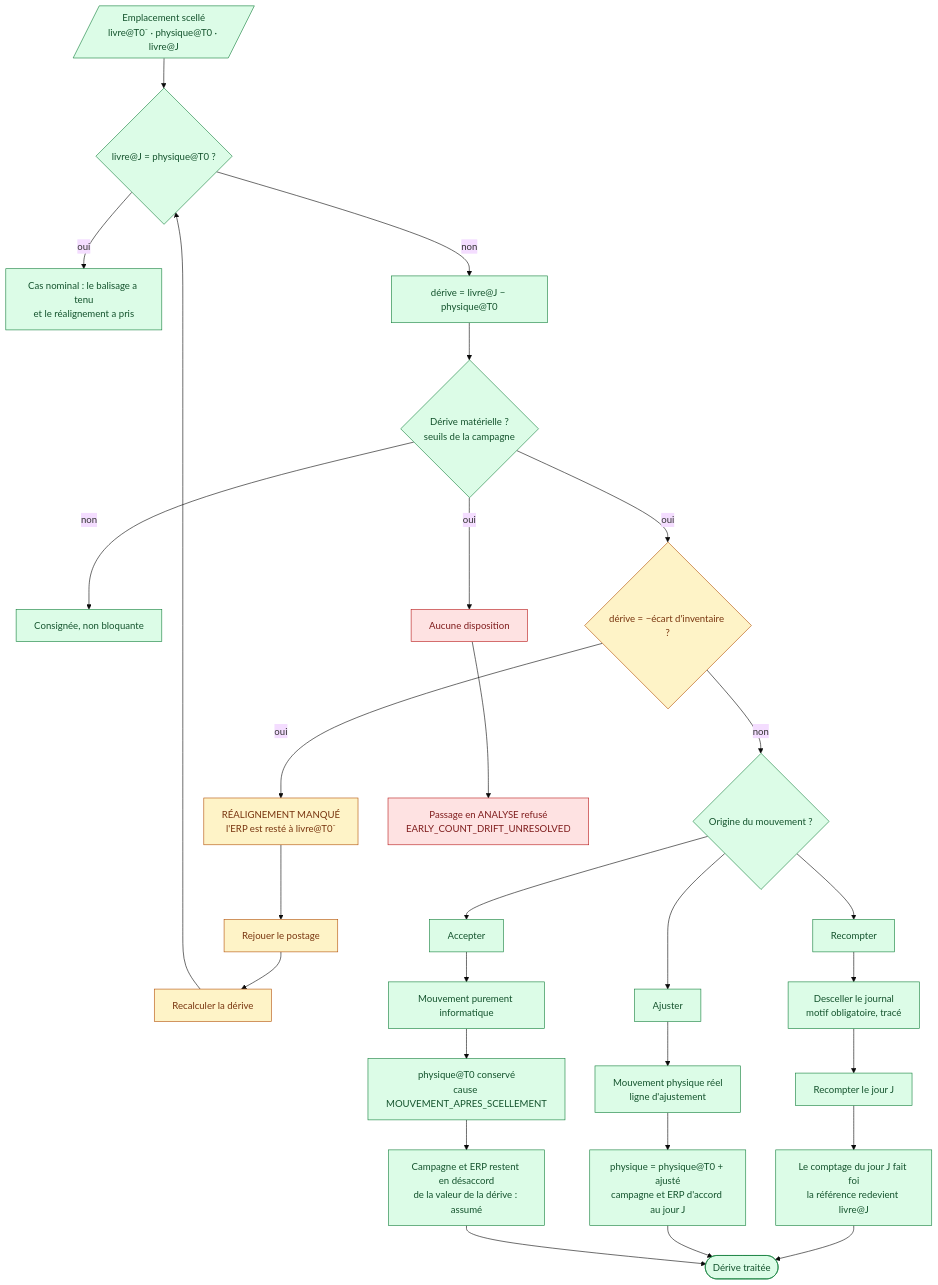
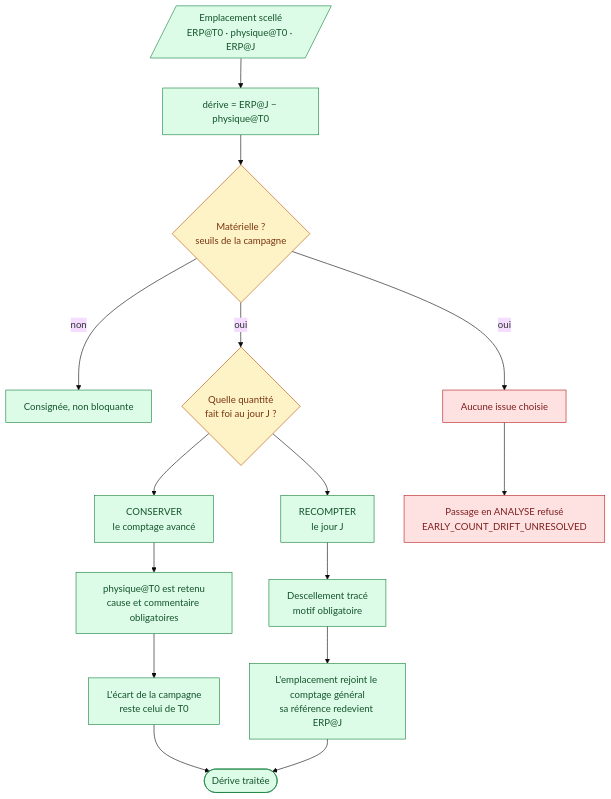
The sixth of 9 diagrams in docs/08-algorigrammes.md (yns11/DEV-INV-G), drawn with Mermaid (base theme) before and after one commit. The commit also changed other lines of this file and 1 other file, not shown here.

First line of the commit message:
Comptages avancés : reprendre l'étude sur les journaux ERP réels

````diff
--- a/docs/08-algorigrammes.md
+++ b/docs/08-algorigrammes.md
@@ -247,46 +281,29 @@
 ```mermaid
 flowchart TD
-    A[/"Emplacement scellé<br/>livre@T0⁻ · physique@T0 · livre@J"/] --> B{"livre@J = physique@T0 ?"}
-    B -->|oui| OK["Cas nominal : le balisage a tenu<br/>et le réalignement a pris"]
-    B -->|non| C["dérive = livre@J − physique@T0"]
+    A[/"Emplacement scellé<br/>ERP@T0 · physique@T0 · ERP@J"/] --> B["dérive = ERP@J − physique@T0"]
+    B --> C{"Matérielle ?<br/>seuils de la campagne"}
+    C -->|non| OK[Consignée, non bloquante]
+    C -->|oui| D{"Quelle quantité<br/>fait foi au jour J ?"}
 
-    C --> D{"Dérive matérielle ?<br/>seuils de la campagne"}
-    D -->|non| OK2[Consignée, non bloquante]
+    D --> E[CONSERVER<br/>le comptage avancé]
+    D --> F[RECOMPTER<br/>le jour J]
 
-    D -->|oui| SIG{"dérive = −écart d'inventaire ?"}
-    SIG -->|oui| R0["RÉALIGNEMENT MANQUÉ<br/>l'ERP est resté à livre@T0⁻"]
-    R0 --> R1[Rejouer le postage]
-    R1 --> R2[Recalculer la dérive]
-    R2 --> B
+    E --> E1["physique@T0 est retenu<br/>cause et commentaire obligatoires"]
+    E1 --> E2["L'écart de la campagne<br/>reste celui de T0"]
 
-    SIG -->|non| E{"Origine du mouvement ?"}
+    F --> F1[Descellement tracé<br/>motif obligatoire]
+    F1 --> F2["L'emplacement rejoint le comptage général<br/>sa référence redevient ERP@J"]
 
-    E --> F[Recompter]
-    E --> G[Ajuster]
-    E --> H[Accepter]
+    E2 --> Z([Dérive traitée])
+    F2 --> Z
 
-    F --> F1[Desceller le journal<br/>motif obligatoire, tracé]
-    F1 --> F2[Recompter le jour J]
-    F2 --> F3["Le comptage du jour J fait foi<br/>la référence redevient livre@J"]
-
-    G --> G1[Mouvement physique réel<br/>ligne d'ajustement]
-    G1 --> G2["physique = physique@T0 + ajusté<br/>campagne et ERP d'accord au jour J"]
-
-    H --> H1[Mouvement purement informatique]
-    H1 --> H2["physique@T0 conservé<br/>cause MOUVEMENT_APRES_SCELLEMENT"]
-    H2 --> H3["Campagne et ERP restent en désaccord<br/>de la valeur de la dérive : assumé"]
-
-    F3 --> Z([Dérive traitée])
-    G2 --> Z
-    H3 --> Z
-
-    D -->|oui| NO[Aucune disposition]
+    C -->|oui| NO[Aucune issue choisie]
     NO --> BLOC[Passage en ANALYSE refusé<br/>EARLY_COUNT_DRIFT_UNRESOLVED]
 
     classDef nouveau fill:#dcfce7,stroke:#15803d,color:#14532d
+    classDef dec fill:#fef3c7,stroke:#b45309,color:#78350f
     classDef bloc fill:#fee2e2,stroke:#b91c1c,color:#7f1d1d
-    classDef sig fill:#fef3c7,stroke:#b45309,color:#78350f
-    class A,B,C,D,E,F,G,H,F1,F2,F3,G1,G2,H1,H2,H3,OK,OK2,Z nouveau
-    class SIG,R0,R1,R2 sig
+    class A,B,E,F,E1,E2,F1,F2,OK,Z nouveau
+    class C,D dec
     class NO,BLOC bloc
 ```
````
